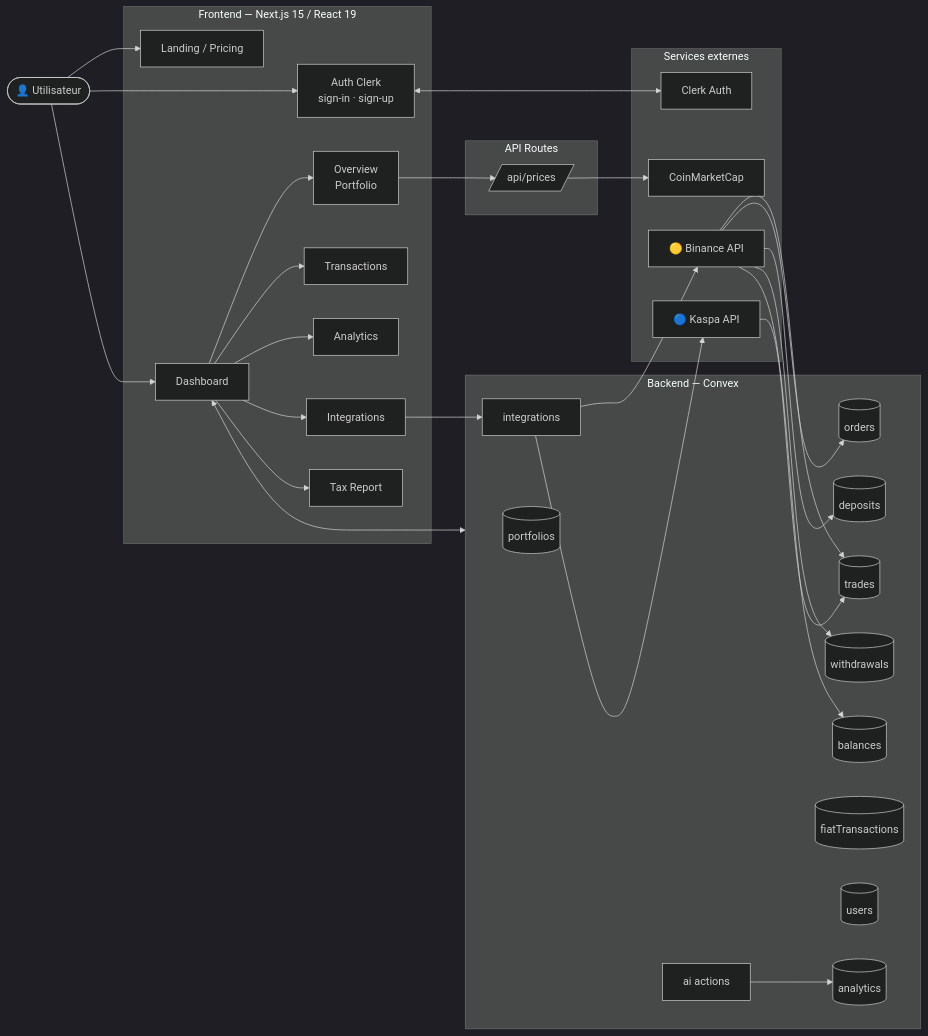
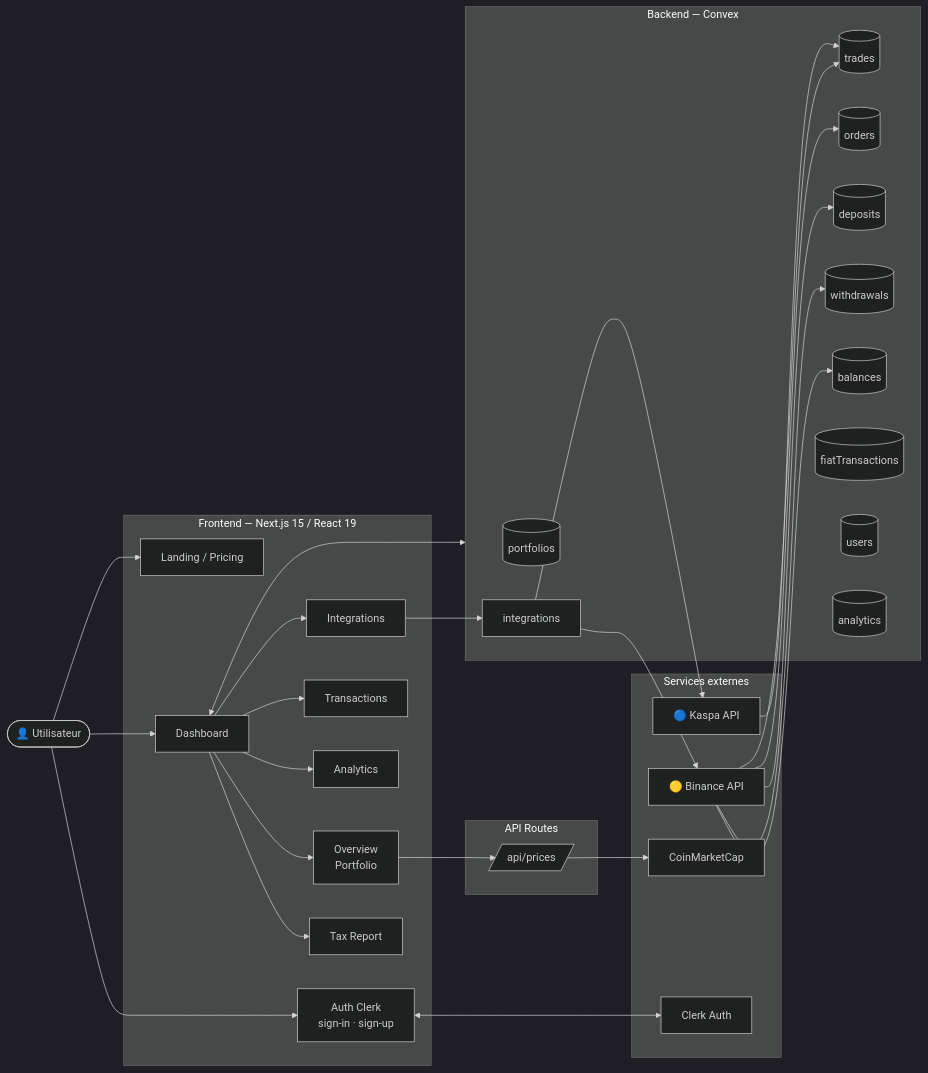
The diagram in README.md (kevindumast/hashory), drawn with Mermaid (dark theme) before and after one commit. The commit also changed 19 other files, not shown here.

````diff
--- a/README.md
+++ b/README.md
@@ -38,65 +38,63 @@
 ```mermaid
 flowchart LR
     User([👤 Utilisateur])
 
     subgraph Frontend["Frontend — Next.js 15 / React 19"]
         Landing[Landing / Pricing]
         Auth[Auth Clerk<br/>sign-in · sign-up]
         Dashboard[Dashboard]
         Overview[Overview<br/>Portfolio]
         Transactions[Transactions]
         Analytics[Analytics]
         Integrations[Integrations]
         TaxReport[Tax Report]
     end
 
     subgraph API["API Routes"]
         Prices[/api/prices/]
     end
 
     subgraph Backend["Backend — Convex"]
         Portfolios[(portfolios)]
         Trades[(trades)]
         Orders[(orders)]
         Deposits[(deposits)]
         Withdrawals[(withdrawals)]
         Balances[(balances)]
         Fiat[(fiatTransactions)]
         Users[(users)]
         AnalyticsDB[(analytics)]
-        AI[ai actions]
         IntegrationsFn[integrations]
     end
 
     subgraph External["Services externes"]
         Binance[🟡 Binance API]
         Kaspa[🔵 Kaspa API]
         CMC[CoinMarketCap]
         Clerk[Clerk Auth]
     end
 
     User --> Landing
     User --> Auth
     Auth <--> Clerk
     User --> Dashboard
     Dashboard --> Overview
     Dashboard --> Transactions
     Dashboard --> Analytics
     Dashboard --> Integrations
     Dashboard --> TaxReport
 
     Overview --> Prices
     Prices --> CMC
 
     Dashboard <--> Backend
     Integrations --> IntegrationsFn
     IntegrationsFn --> Binance
     IntegrationsFn --> Kaspa
     Binance --> Trades
     Binance --> Orders
     Binance --> Deposits
     Binance --> Withdrawals
     Binance --> Balances
     Kaspa --> Trades
-    AI --> AnalyticsDB
 ```
````
